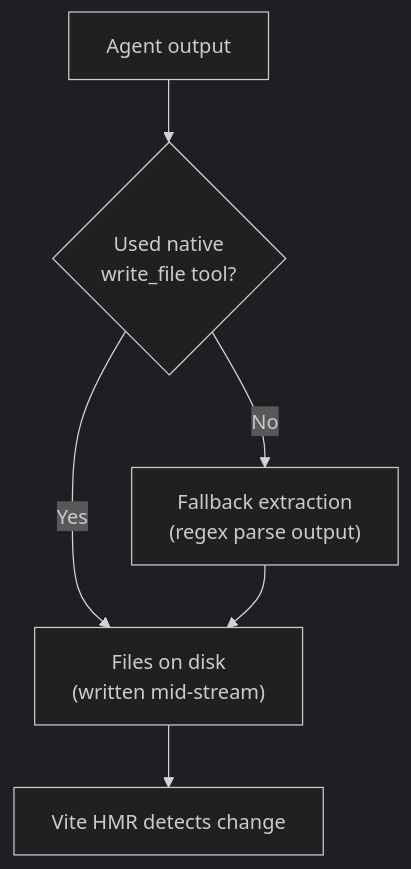
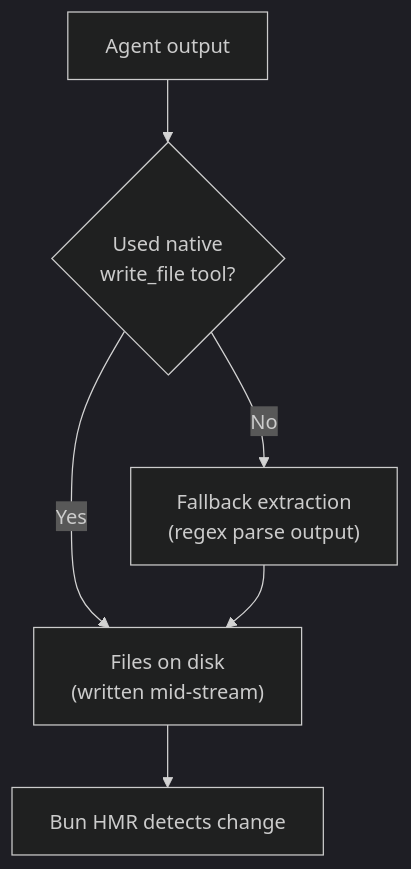
Before and after one commit to anthonybaldwin/page-gen: the third of 4 diagrams in docs/adr/005-preview-isolation-docker.md, drawn with Mermaid (dark theme). The commit also changed other lines of this file and 32 other files, not shown here.

First line of the commit message:
refactor: replace Vite with Bun's built-in dev server

````diff
--- a/docs/adr/005-preview-isolation-docker.md
+++ b/docs/adr/005-preview-isolation-docker.md
@@ -84,8 +84,8 @@
 ```mermaid
 graph TD
   Agent["Agent output"] --> Native{"Used native<br>write_file tool?"}
   Native -->|Yes| Disk["Files on disk<br>(written mid-stream)"]
   Native -->|No| Fallback["Fallback extraction<br>(regex parse output)"]
   Fallback --> Disk
-  Disk --> Vite["Vite HMR detects change"]
+  Disk --> Bun["Bun HMR detects change"]
 ```
````
